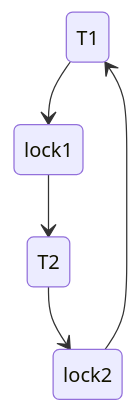
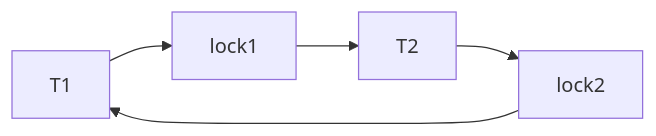
The diagram in docs/basics/index.md (lasarojc/ds_notes), drawn with Mermaid before and after one commit. The commit also changed 2 other files, not shown here.

Commit message:
mais rpc

````diff
--- a/docs/basics/index.md
+++ b/docs/basics/index.md
@@ -1016,7 +1016,7 @@
 ```mermaid
-stateDiagram
+graph LR
   T1 --> lock1
   T2 --> lock2
   lock1 --> T2
   lock2 --> T1
 ```
````
